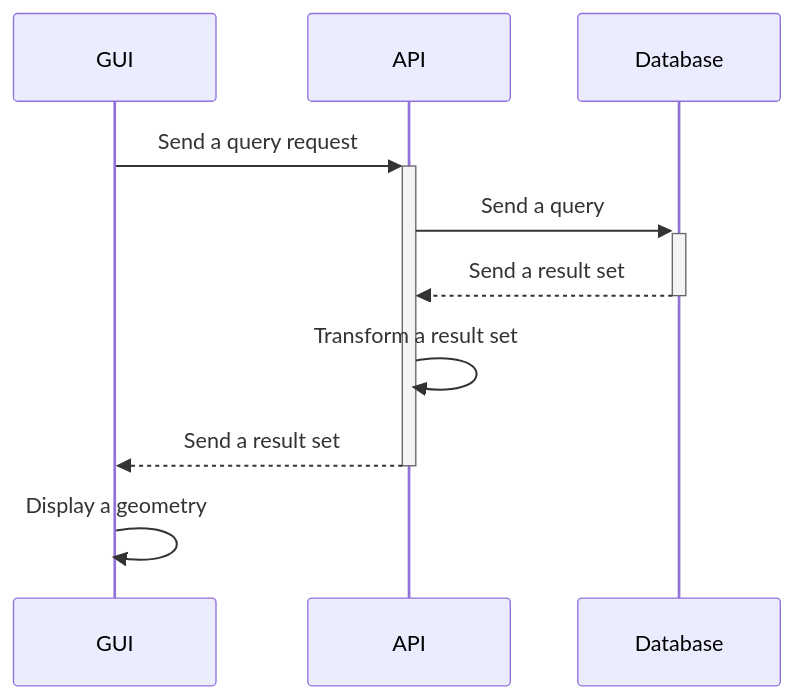
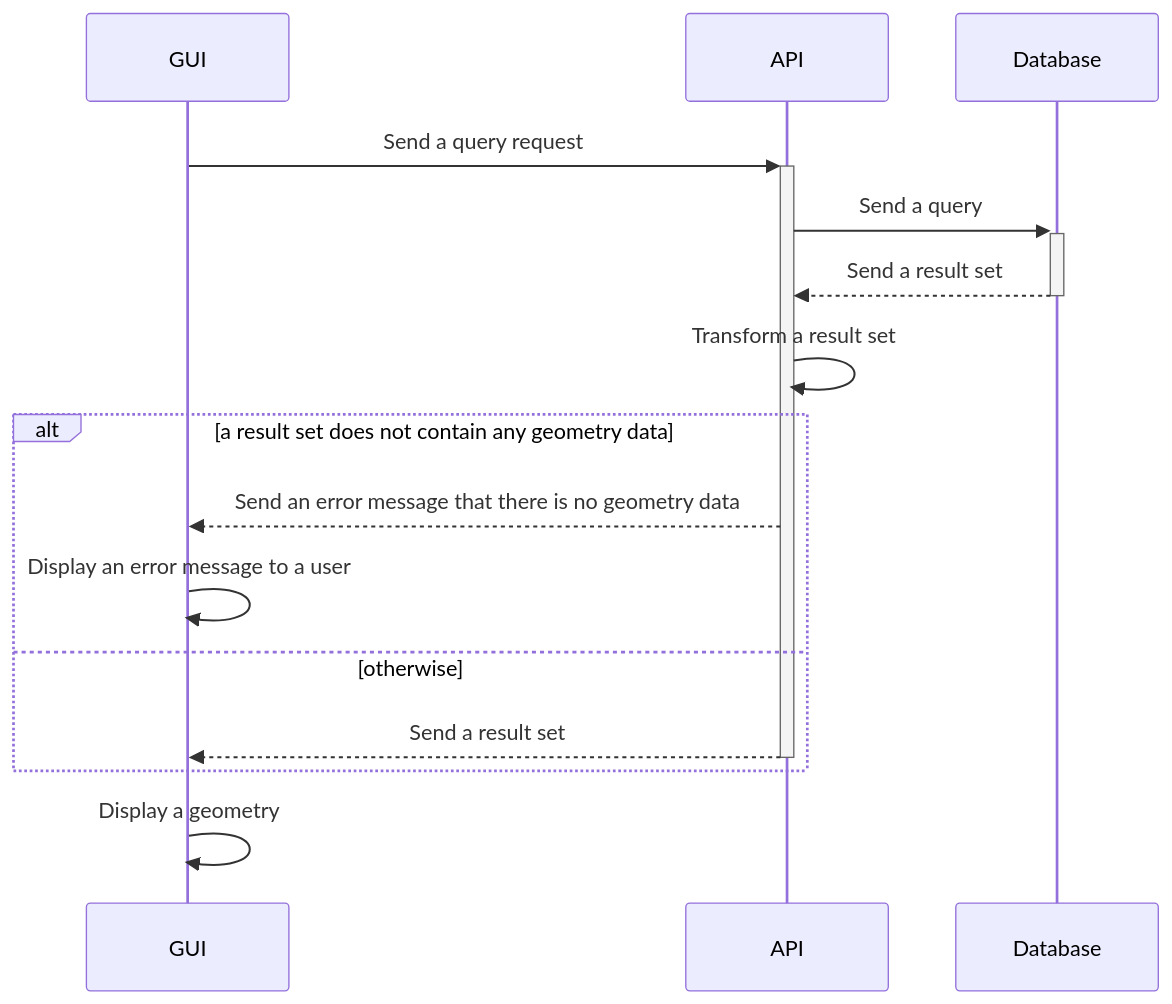
Before and after one commit to cyoq/oracle-geometry-viewer: the third of 4 diagrams in README.md, drawn with Mermaid. The commit also changed other lines of this file, not shown here.

Commit message:
Add more scenario diagrams

````diff
--- a/README.md
+++ b/README.md
@@ -52,9 +52,14 @@
 ```mermaid
 sequenceDiagram
     GUI->>+API: Send a query request
     API->>+Database: Send a query
     Database -->>- API : Send a result set
     API ->> API : Transform a result set
-    API-->>-GUI: Send a result set
+    alt a result set does not contain any geometry data
+        API-->>GUI: Send an error message that there is no geometry data
+        GUI ->> GUI : Display an error message to a user
+    else otherwise
+        API-->>-GUI: Send a result set
+    end
     GUI ->> GUI : Display a geometry
 ```
````
